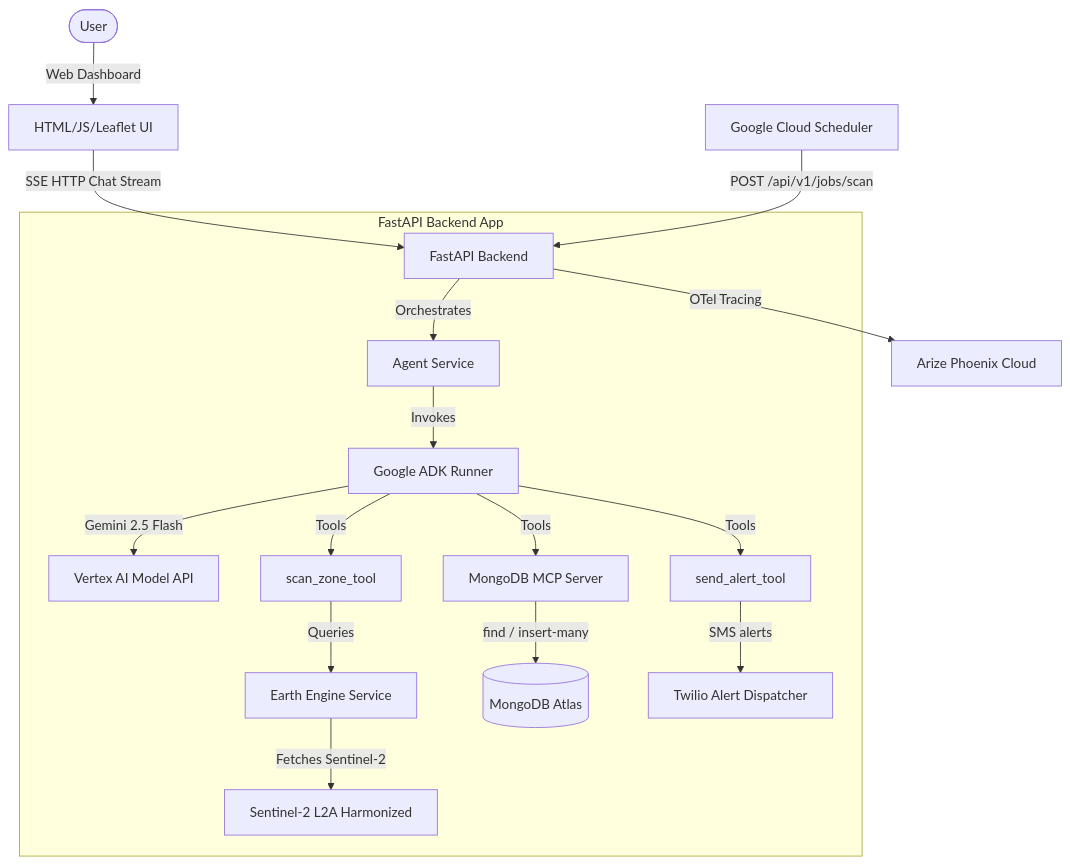
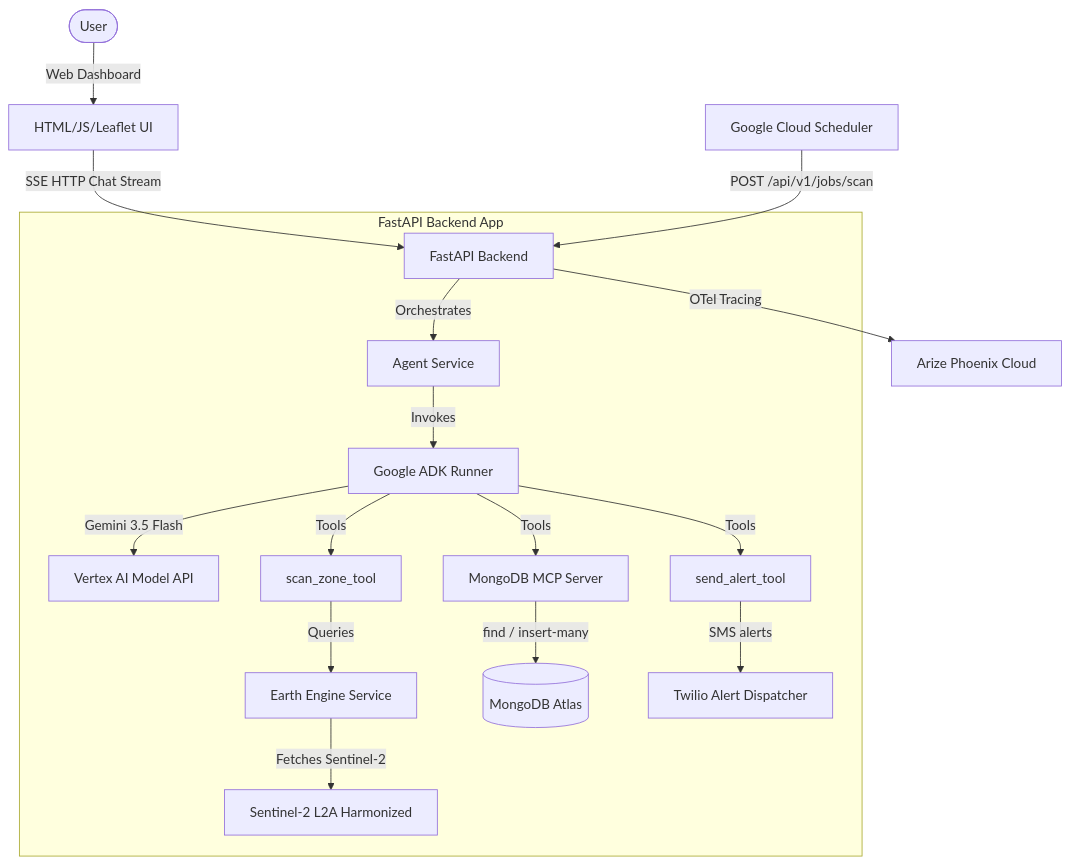
The diagram in README.md (Hou-dini/sentinel-flood-watch), drawn with Mermaid before and after one commit. The commit also changed other lines of this file and 2 other files, not shown here.

Commit message:
Update model to Gemini 3.5 Flash and add Apache 2.0 LICENSE

````diff
--- a/README.md
+++ b/README.md
@@ -18,24 +18,24 @@
 ```mermaid
 graph TD
     User([User]) -->|Web Dashboard| Frontend[HTML/JS/Leaflet UI]
     Frontend -->|SSE HTTP Chat Stream| Backend[FastAPI Backend]
     Scheduler[Google Cloud Scheduler] -->|POST /api/v1/jobs/scan| Backend
     
     subgraph FastAPI Backend App
         Backend -->|Orchestrates| AgentService[Agent Service]
         AgentService -->|Invokes| ADK[Google ADK Runner]
-        ADK -->|Gemini 2.5 Flash| LLM[Vertex AI Model API]
+        ADK -->|Gemini 3.5 Flash| LLM[Vertex AI Model API]
         
         ADK -->|Tools| scan_zone_tool[scan_zone_tool]
         scan_zone_tool -->|Queries| GEE[Earth Engine Service]
         GEE -->|Fetches Sentinel-2| Sentinel[Sentinel-2 L2A Harmonized]
         
         ADK -->|Tools| mongodb_mcp[MongoDB MCP Server]
         mongodb_mcp -->|find / insert-many| MongoDB[(MongoDB Atlas)]
         
         ADK -->|Tools| send_alert_tool[send_alert_tool]
         send_alert_tool -->|SMS alerts| SMS[Twilio Alert Dispatcher]
     end
     
     Backend -->|OTel Tracing| Phoenix[Arize Phoenix Cloud]
 ```
````
